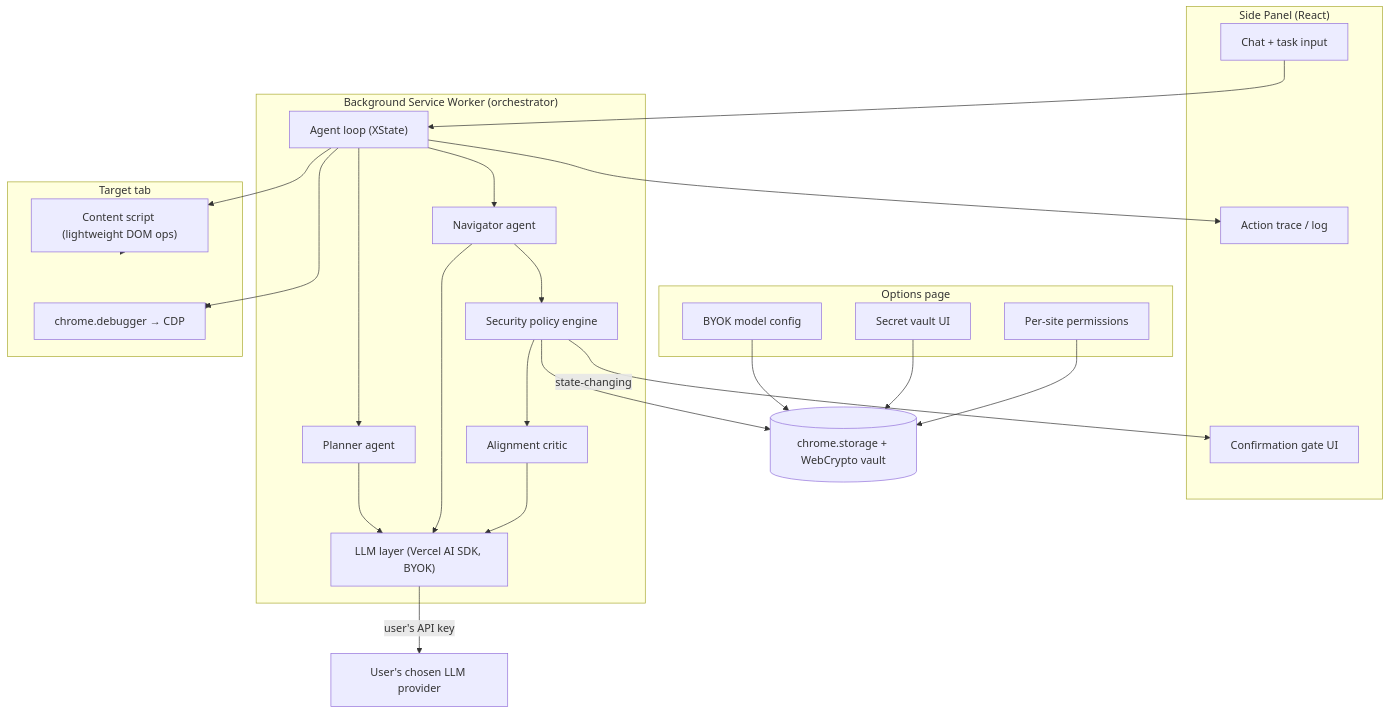
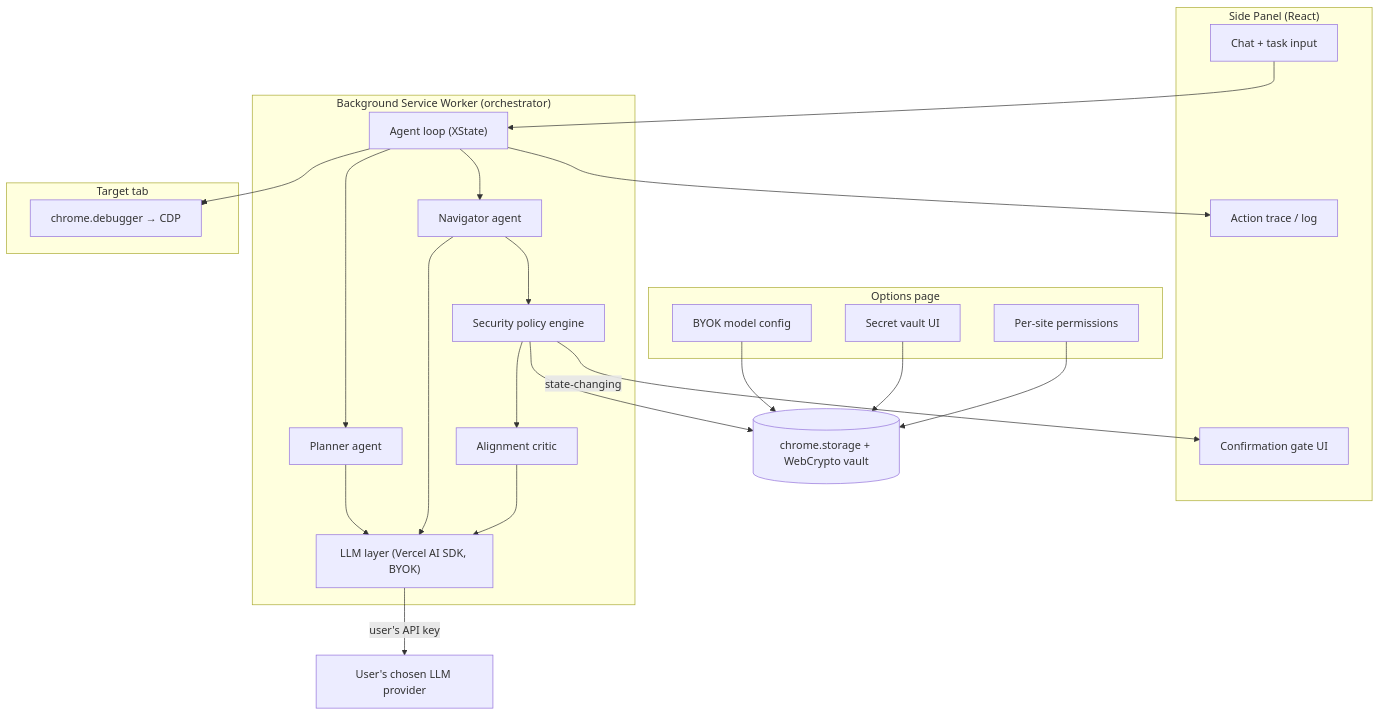
Before and after one commit to code-with-rashid/aegis-browser: the first of 4 diagrams in docs/DESIGN.md, drawn with Mermaid. The commit also changed other lines of this file and 4 other files, not shown here.

````diff
--- a/docs/DESIGN.md
+++ b/docs/DESIGN.md
@@ -77,43 +76,40 @@
 ```mermaid
 flowchart TB
   subgraph UI["Side Panel (React)"]
     Chat["Chat + task input"]
     Trace["Action trace / log"]
     Confirm["Confirmation gate UI"]
   end
   subgraph OPT["Options page"]
     Keys["BYOK model config"]
     Vault["Secret vault UI"]
     Perms["Per-site permissions"]
   end
   subgraph BG["Background Service Worker (orchestrator)"]
     Loop["Agent loop (XState)"]
     Planner["Planner agent"]
     Navigator["Navigator agent"]
     Critic["Alignment critic"]
     Sec["Security policy engine"]
     LLM["LLM layer (Vercel AI SDK, BYOK)"]
   end
   subgraph PAGE["Target tab"]
-    CS["Content script (lightweight DOM ops)"]
     CDP["chrome.debugger → CDP"]
   end
   Store[("chrome.storage + WebCrypto vault")]
 
   Chat --> Loop
   Loop --> Planner --> LLM
   Loop --> Navigator --> LLM
   Navigator --> Sec
   Sec --> Critic --> LLM
   Sec -->|state-changing| Confirm
   Loop --> CDP
-  Loop --> CS
   CDP --> PAGE
-  CS --> PAGE
   Loop --> Trace
   Keys --> Store
   Vault --> Store
   Perms --> Store
   Sec --> Store
   LLM -->|user's API key| Ext["User's chosen LLM provider"]
 ```
````
